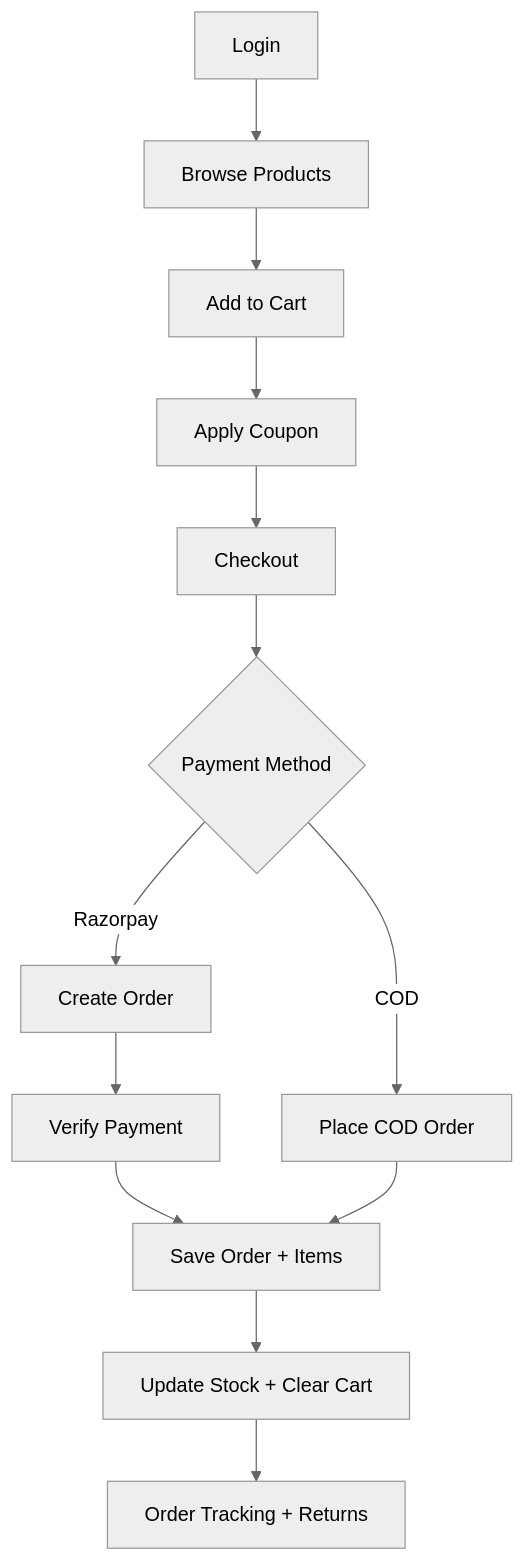
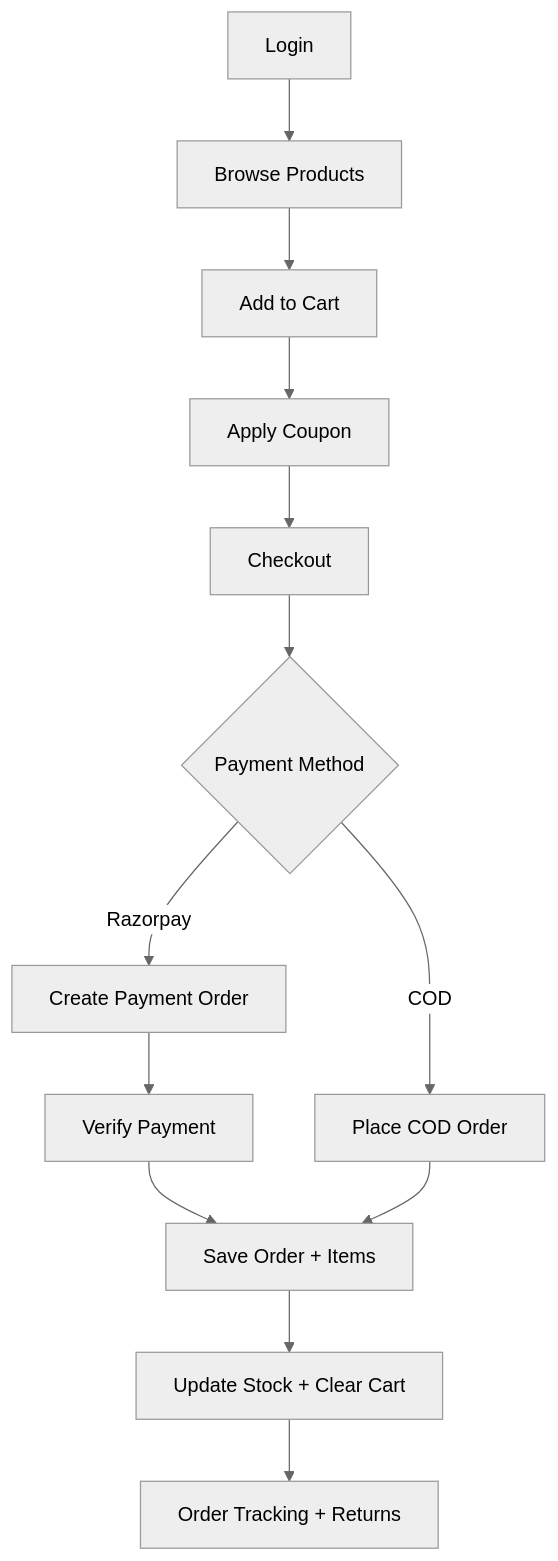
Before and after one commit to annnuuupam/NexCart: the sixth of 7 diagrams in README.md, drawn with Mermaid (neutral theme). The commit also changed other lines of this file, not shown here.

````diff
--- a/README.md
+++ b/README.md
@@ -196,15 +320,15 @@
 ```mermaid
 flowchart TD
   A["Login"] --> B["Browse Products"]
   B --> C["Add to Cart"]
   C --> D["Apply Coupon"]
   D --> E["Checkout"]
   E --> F{"Payment Method"}
-  F -->|Razorpay| G["Create Order"]
+  F -->|Razorpay| G["Create Payment Order"]
   F -->|COD| H["Place COD Order"]
   G --> I["Verify Payment"]
   I --> J["Save Order + Items"]
   H --> J
   J --> K["Update Stock + Clear Cart"]
   K --> L["Order Tracking + Returns"]
 ```
````
